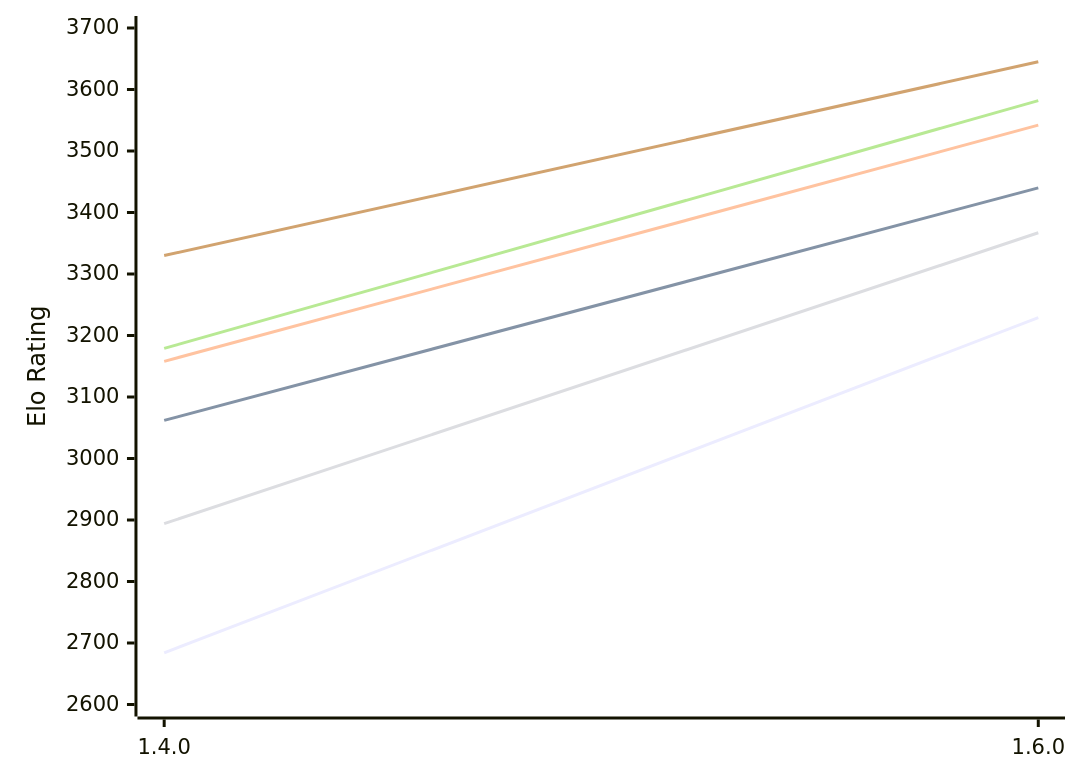
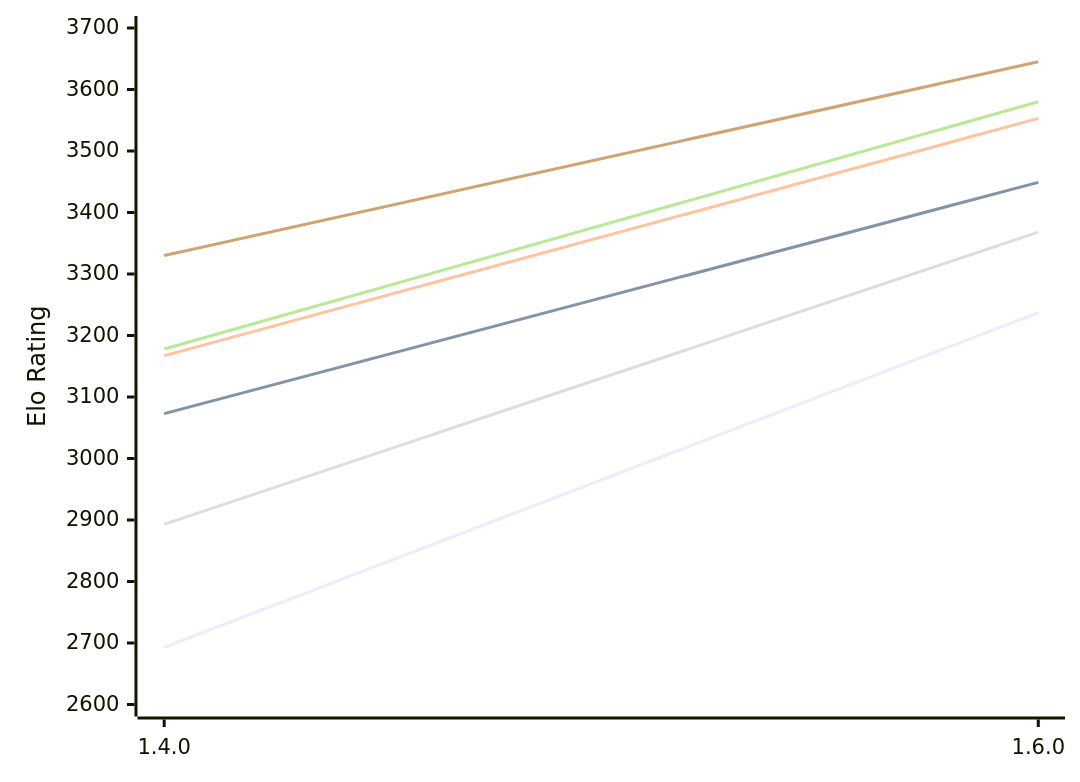
Before and after one commit to computer-chess-index/cci: the first of 2 diagrams in engines/Gyatso.md, drawn with Mermaid. The commit also changed other lines of this file, not shown here.

Commit message:
Update CCI Ratings (ELO VLTC) - 2026-11-07

````diff
--- a/engines/Gyatso.md
+++ b/engines/Gyatso.md
@@ -53,12 +53,12 @@
 ```mermaid
 %%{init: {"theme":"base","themeVariables":{"seriesColors:['#a3a3a3','#222221','#faa371']}}}%%
 xychart-beta
   x-axis ["1.4.0", "1.6.0"]
   y-axis "Elo Rating" 2600 --> 3700
-  line "E1: STC (8.0+0.08s)" [2684, 3229]
-  line "E1: LTC (60.0+0.60s)" [3062, 3440]
-  line "E1: VLTC (2m24s+1.12s)" [3158, 3542]
-  line "P1: STC (8.0+0.08s)" [2894, 3367]
-  line "P1: LTC (60.0+0.60s)" [3179, 3582]
+  line "E1: STC (8.0+0.08s)" [2693, 3237]
+  line "E1: LTC (60.0+0.60s)" [3073, 3449]
+  line "E1: VLTC (2m24s+1.12s)" [3167, 3553]
+  line "P1: STC (8.0+0.08s)" [2893, 3368]
+  line "P1: LTC (60.0+0.60s)" [3178, 3580]
   line "P1: VLTC (2m24s+1.12s)" [3330, 3645]
 ```
````
